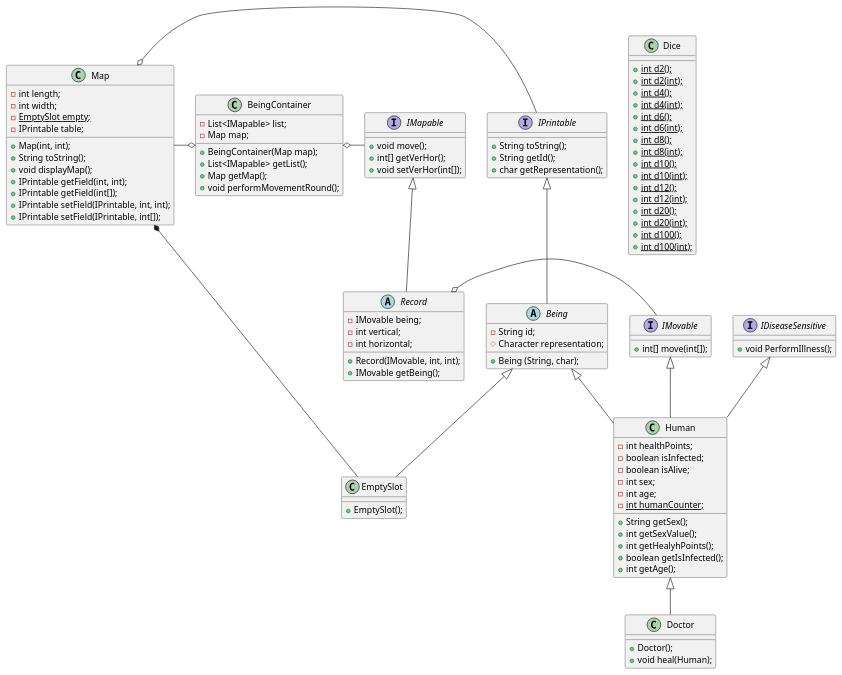
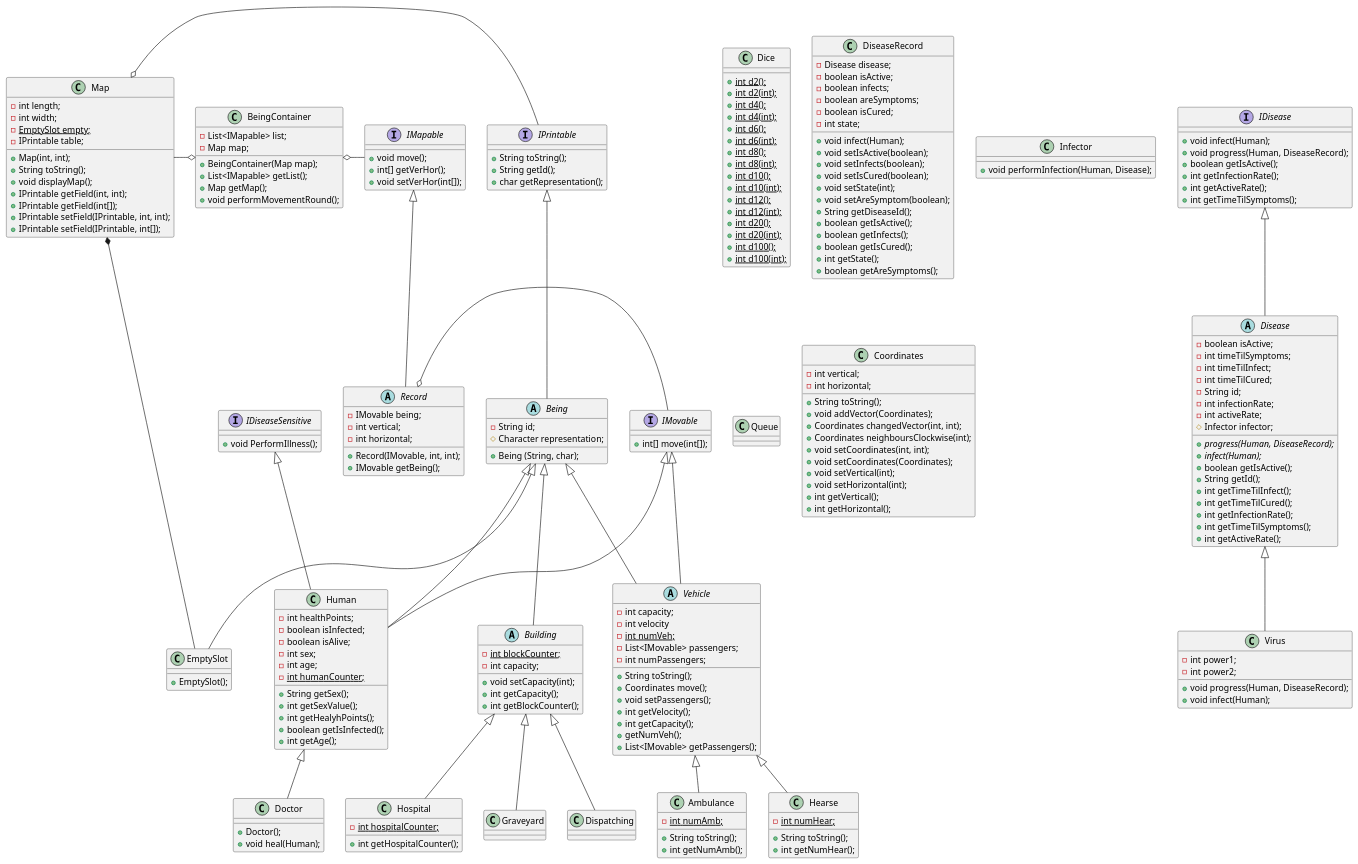
Before and after one commit to karolWazny/plague-repo: the diagram in dokumentacja/class_diagram/class_diagram.plantuml, drawn with PlantUML. The commit also changed 3 other files, not shown here.

Commit message:
Diagram klas (bez wszystkich połączeń)

```diff
--- a/dokumentacja/class_diagram/class_diagram.plantuml
+++ b/dokumentacja/class_diagram/class_diagram.plantuml
@@ -111,6 +111,149 @@
 + void heal(Human);
 }
 
+abstract class Vehicle
+{
+- int capacity;
+- int velocity
+- {static} int numVeh;
+- List<IMovable> passengers;
+- int numPassengers;
++ String toString();
++ Coordinates move();
++ void setPassengers();
++ int getVelocity();
++ int getCapacity();
++ getNumVeh();
++ List<IMovable> getPassengers();
+}
+
+abstract class Building
+{
+    - {static} int blockCounter;
+    - int capacity;
+    + void setCapacity(int);
+    + int getCapacity();
+    + int getBlockCounter();
+}
+
+class Ambulance
+{
+    - {static} int numAmb;
+    + String toString();
+    + int getNumAmb();
+}
+
+class Hearse 
+{
+    - {static} int numHear;
+    + String toString();
+    + int getNumHear();
+}
+
+class Hospital
+{
+    - {static} int hospitalCounter;
+    + int getHospitalCounter();
+
+}
+
+class Graveyard
+{
+
+}
+
+class Dispatching
+{
+
+}
+
+abstract class Disease 
+{
+    - boolean isActive;
+    - int timeTilSymptoms;
+    - int timeTilInfect;
+    - int timeTilCured;
+    - String id;
+    - int infectionRate;
+    - int activeRate;
+    # Infector infector;
+    + {abstract} progress(Human, DiseaseRecord);
+    + {abstract} infect(Human);
+    + boolean getIsActive();
+    + String getId();
+    + int getTimeTilInfect();
+    + int getTimeTilCured();
+    + int getInfectionRate();
+    + int getTimeTilSymptoms();
+    + int getActiveRate();
+}
+
+class DiseaseRecord 
+{
+    - Disease disease;
+    - boolean isActive;
+    - boolean infects;
+    - boolean areSymptoms;
+    - boolean isCured;
+    - int state;
+    + void infect(Human);
+    + void setIsActive(boolean);
+    + void setInfects(boolean);
+    + void setIsCured(boolean);
+    + void setState(int);
+    + void setAreSymptom(boolean);
+    + String getDiseaseId();
+    + boolean getIsActive();
+    + boolean getInfects();
+    + boolean getIsCured();
+    + int getState();
+    + boolean getAreSymptoms(); 
+}
+
+interface IDisease 
+{
+    + void infect(Human);
+    + void progress(Human, DiseaseRecord);
+    + boolean getIsActive();
+    + int getInfectionRate();
+    + int getActiveRate();
+    + int getTimeTilSymptoms();
+}
+
+class Infector 
+{
+    + void performInfection(Human, Disease);
+}
+
+class Virus
+{
+    - int power1;
+    - int power2;
+    + void progress(Human, DiseaseRecord);
+    +void infect(Human);
+}
+
+class Queue 
+{
+
+}
+
+class Coordinates 
+{
+    - int vertical;
+    - int horizontal;
+    + String toString();
+    + void addVector(Coordinates);
+    + Coordinates changedVector(int, int);
+    + Coordinates neighboursClockwise(int);
+    + void setCoordinates(int, int);
+    + void setCoordinates(Coordinates);
+    + void setVertical(int);
+    + void setHorizontal(int);
+    + int getVertical();
+    + int getHorizontal();
+}
+
 Map o- IPrintable
 IPrintable <|-- Being
 Being <|-- EmptySlot
@@ -123,4 +266,14 @@
 Map *- EmptySlot
 Map -o BeingContainer
 Human <|-- Doctor
+Being <|-- Vehicle
+IMovable <|-- Vehicle
+Vehicle <|-- Ambulance
+Vehicle <|-- Hearse
+Being <|-- Building
+Building <|-- Hospital
+Building <|-- Graveyard
+Building <|-- Dispatching
+IDisease <|-- Disease
+Disease <|-- Virus
 @enduml
```
